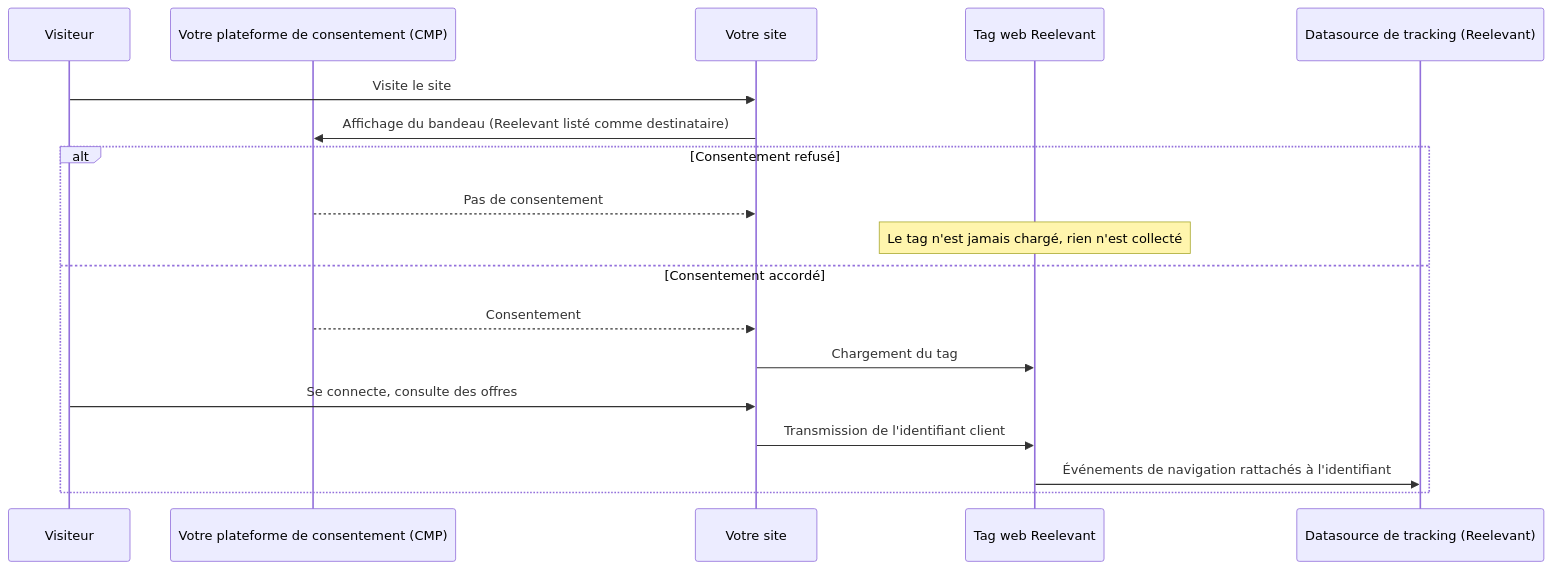
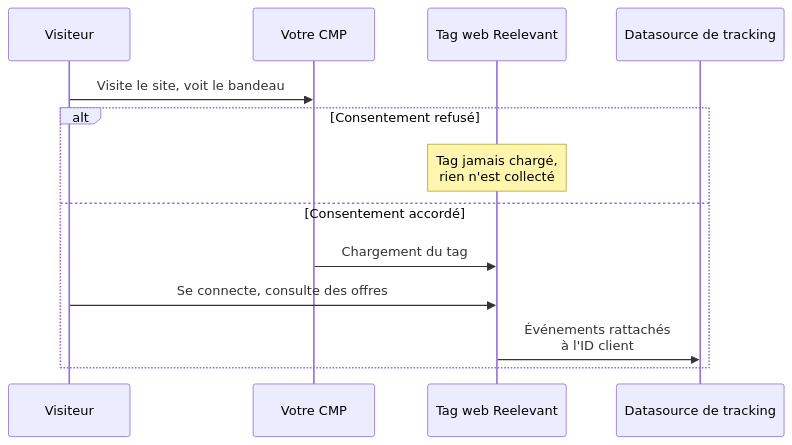
Before and after one commit to reelevant-tech/product-documentation: the fourth of 4 diagrams in fr/why-reelevant/data-protection/overview.mdx, drawn with Mermaid. The commit also changed other lines of this file and 3 other files, not shown here.

Commit message:
docs(why-reelevant): make DPO diagrams vertical and shorten labels for readability

````diff
--- a/fr/why-reelevant/data-protection/overview.mdx
+++ b/fr/why-reelevant/data-protection/overview.mdx
@@ -158,21 +159,16 @@
 ```mermaid
 sequenceDiagram
     participant V as Visiteur
-    participant CMP as Votre plateforme de consentement (CMP)
-    participant SITE as Votre site
+    participant CMP as Votre CMP
     participant TAG as Tag web Reelevant
-    participant DS as Datasource de tracking (Reelevant)
+    participant DS as Datasource de tracking
 
-    V->>SITE: Visite le site
-    SITE->>CMP: Affichage du bandeau (Reelevant listé comme destinataire)
+    V->>CMP: Visite le site, voit le bandeau
     alt Consentement refusé
-        CMP-->>SITE: Pas de consentement
-        Note over TAG: Le tag n'est jamais chargé, rien n'est collecté
+        Note over TAG: Tag jamais chargé,<br/>rien n'est collecté
     else Consentement accordé
-        CMP-->>SITE: Consentement
-        SITE->>TAG: Chargement du tag
-        V->>SITE: Se connecte, consulte des offres
-        SITE->>TAG: Transmission de l'identifiant client
-        TAG->>DS: Événements de navigation rattachés à l'identifiant
+        CMP->>TAG: Chargement du tag
+        V->>TAG: Se connecte, consulte des offres
+        TAG->>DS: Événements rattachés<br/>à l'ID client
     end
 ```
````
